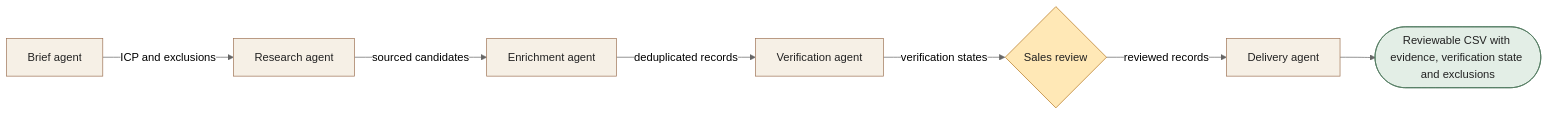
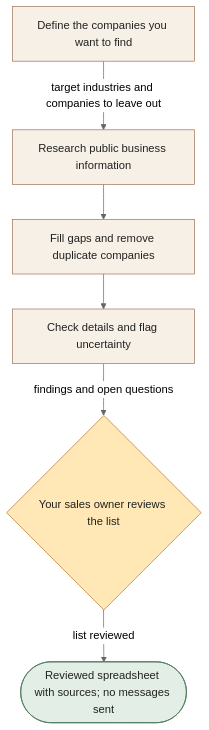
Before and after one commit to dextee/claude-code-agent-team-guide: the diagram in docs/workflows/lead-generation.md, drawn with Mermaid (neutral theme). The commit also changed other lines of this file and 28 other files, not shown here.

````diff
--- a/docs/workflows/lead-generation.md
+++ b/docs/workflows/lead-generation.md
@@ -25,22 +29,20 @@
 ```mermaid
-flowchart LR
-A["Brief agent"]
-B["Research agent"]
-C["Enrichment agent"]
-D["Verification agent"]
-E["Delivery agent"]
-H{"Sales review"}
-O(["Reviewable CSV with evidence, verification state and exclusions"])
-A -->|ICP and exclusions| B
-B -->|sourced candidates| C
-C -->|deduplicated records| D
-D -->|verification states| H
-H -->|reviewed records| E
-E --> O
-classDef agent fill:#f6f0e6,stroke:#9f7557,color:#222222
+flowchart TD
+A["Define the companies you want to find"]
+B["Research public business information"]
+C["Fill gaps and remove duplicate companies"]
+D["Check details and flag uncertainty"]
+H{"Your sales owner reviews the list"}
+O(["Reviewed spreadsheet with sources; no messages sent"])
+A -->|target industries and companies to leave out| B
+B --> C
+C --> D
+D -->|findings and open questions| H
+H -->|list reviewed| O
+classDef assistant fill:#f6f0e6,stroke:#9f7557,color:#222222
 classDef human fill:#ffe8b6,stroke:#b57821,color:#222222
 classDef outcome fill:#e3eee6,stroke:#4e775c,color:#222222
-class A,B,C,D,E agent
+class A,B,C,D assistant
 class H human
 class O outcome
 ```
````
